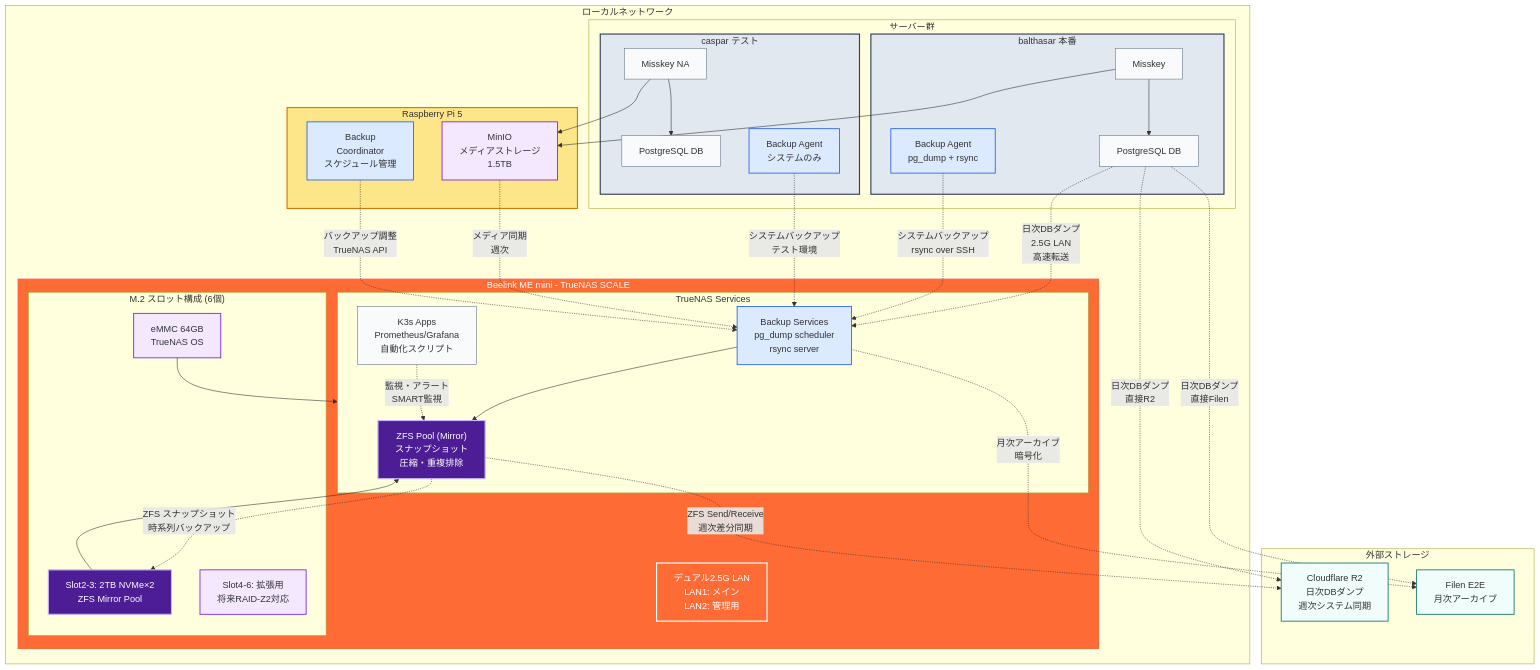
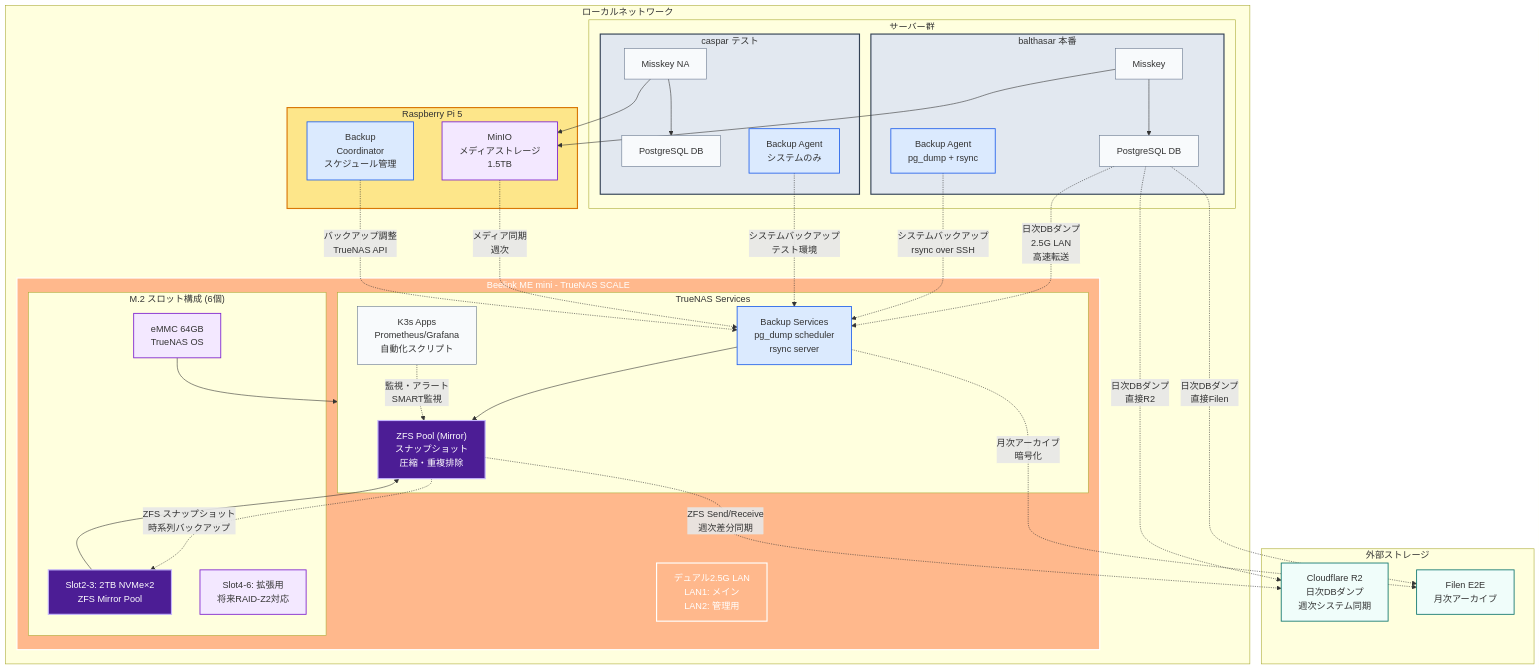
Before and after one commit to yamisskey-dev/hosted-list: the third of 4 diagrams in README.md, drawn with Mermaid.

```diff
--- a/README.md
+++ b/README.md
@@ -216,7 +216,7 @@
     classDef service fill:#f8fafc,stroke:#64748b,stroke-width:1px
     classDef backup fill:#dbeafe,stroke:#2563eb,stroke-width:1.5px
     classDef storage fill:#f3e8ff,stroke:#7e22ce,stroke-width:1.5px
-    classDef beelink fill:#ff6b35,stroke:#ffffff,stroke-width:2px,color:#ffffff
+    classDef beelink fill:#ffb88c,stroke:#ffffff,stroke-width:2px,color:#ffffff
     classDef rpi fill:#fde68a,stroke:#d97706,stroke-width:2px
     classDef cloud fill:#f0fdfa,stroke:#0f766e,stroke-width:1.5px
     classDef zfs fill:#4c1d95,stroke:#c4b5fd,stroke-width:2px,color:#ffffff
```
